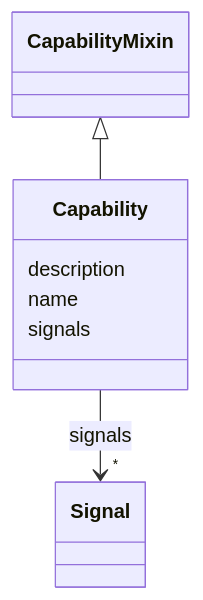
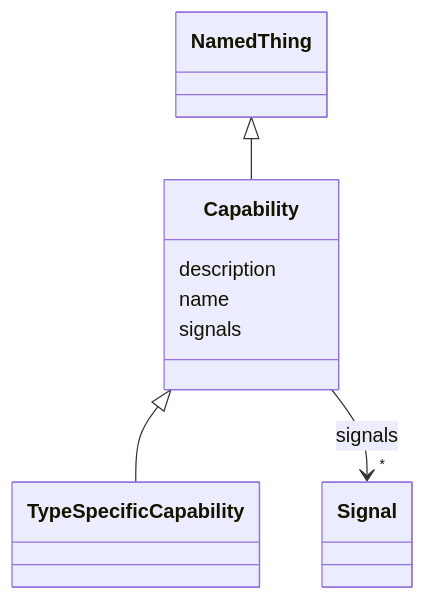
Before and after one commit to pals-project/pals-facility-config: the diagram in docs_narad/Capability.md, drawn with Mermaid. The commit also changed other lines of this file and 235 other files, not shown here.

Commit message:
aligned schema to SOSA SNN, gen-project gendocs and validate all work

````diff
--- a/docs_narad/Capability.md
+++ b/docs_narad/Capability.md
@@ -18,24 +18,29 @@
 ```mermaid
  classDiagram
     class Capability
     click Capability href "../Capability/"
-      CapabilityMixin <|-- Capability
-        click CapabilityMixin href "../CapabilityMixin/"
+      NamedThing <|-- Capability
+        click NamedThing href "../NamedThing/"
       
+
+      Capability <|-- TypeSpecificCapability
+        click TypeSpecificCapability href "../TypeSpecificCapability/"
+      
+
       Capability : description
         
       Capability : name
         
       Capability : signals
         
           
     
         
         
         Capability --> "*" Signal : signals
         click Signal href "../Signal/"
     
 
         
       
 ```
````
